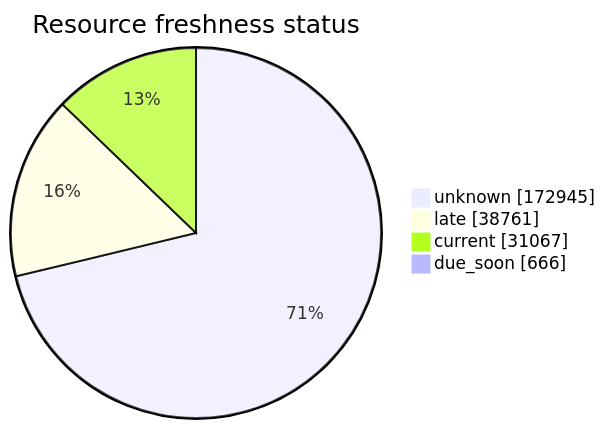
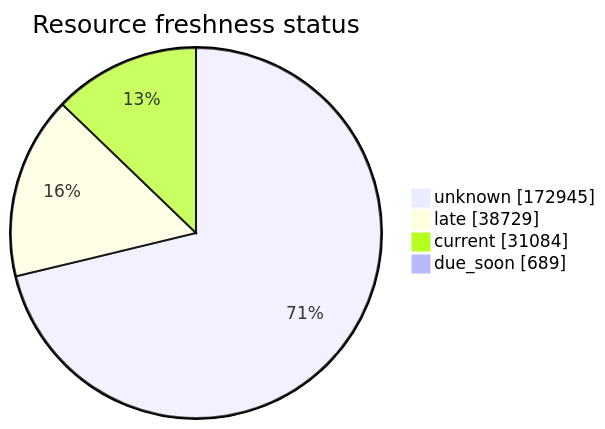
Before and after one commit to open-data/analytics-corporate-reporting: the third of 5 diagrams in FreshCheck/README.md, drawn with Mermaid. The commit also changed other lines of this file and 3 other files, not shown here.

````diff
--- a/FreshCheck/README.md
+++ b/FreshCheck/README.md
@@ -77,7 +77,7 @@
 ```mermaid
 pie showData title Resource freshness status
     "unknown": 172945
-    "late": 38761
-    "current": 31067
-    "due_soon": 666
+    "late": 38729
+    "current": 31084
+    "due_soon": 689
 ```
````
